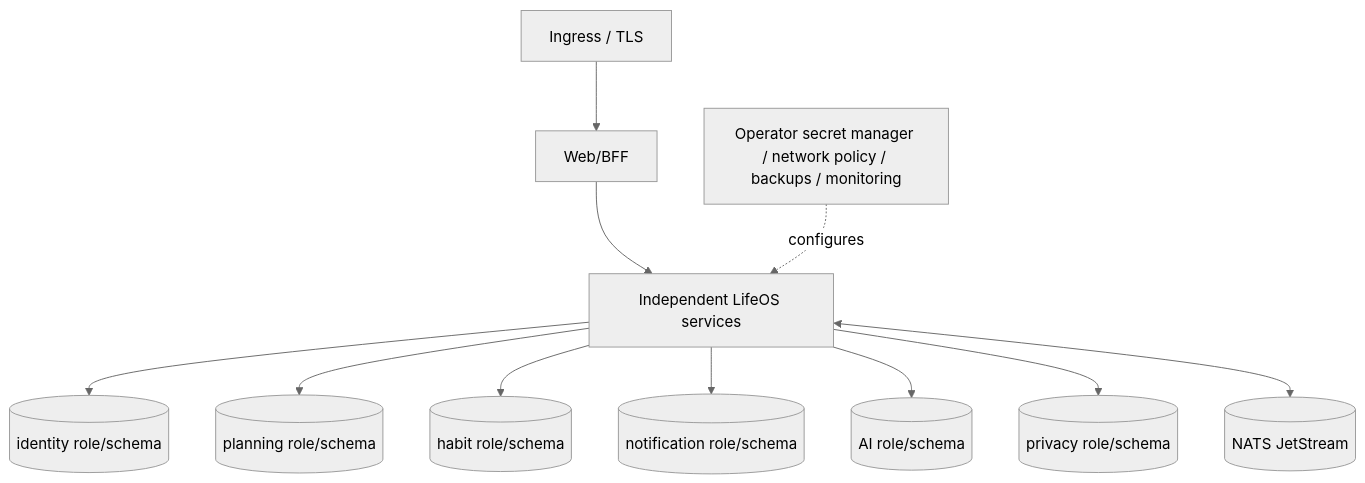
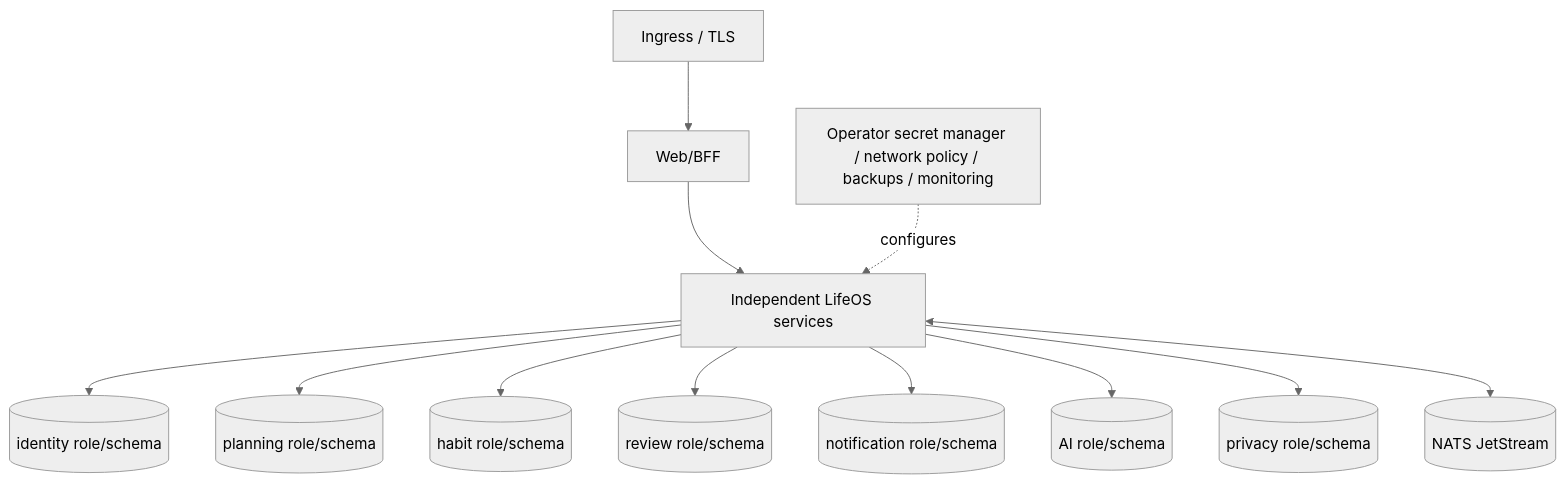
One commit to ContextualWisdomLab/life-os changed diagram 11 of 14 in docs/UML.md. Above: the diagram before and after it, drawn with Mermaid (neutral theme). The commit also changed other lines of this file, not shown here.

Commit message:
docs(uml): add rights and verification evidence flows

````diff
--- a/docs/UML.md
+++ b/docs/UML.md
@@ -160,13 +232,14 @@
 ```mermaid
 flowchart TB
     Ingress[Ingress / TLS] --> Web[Web/BFF]
     Web --> Services[Independent LifeOS services]
     Services --> IStore[(identity role/schema)]
     Services --> PStore[(planning role/schema)]
     Services --> HStore[(habit role/schema)]
+    Services --> RStore[(review role/schema)]
     Services --> NStore[(notification role/schema)]
     Services --> AStore[(AI role/schema)]
     Services --> VStore[(privacy role/schema)]
     Services <--> NATS[(NATS JetStream)]
     Operator[Operator secret manager / network policy / backups / monitoring] -. configures .-> Services
 ```
````
